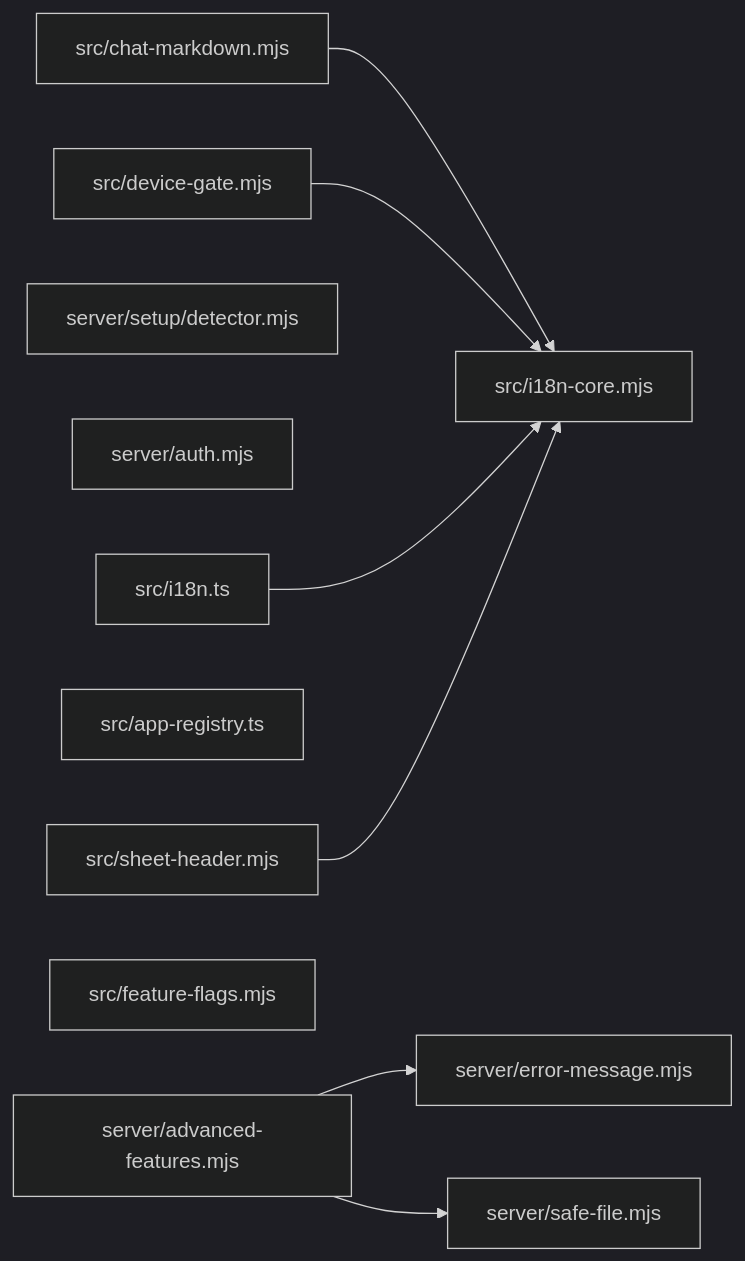
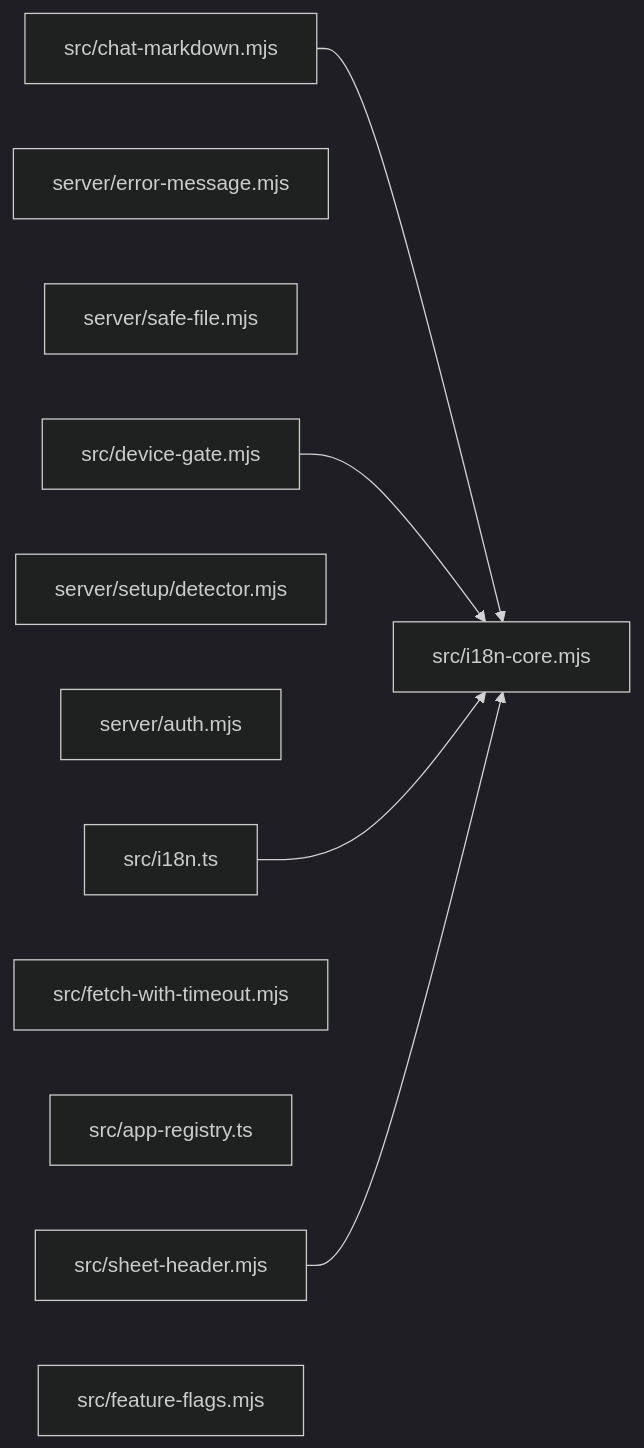
Before and after one commit to syr4wpywkk-collab/DevMoter-FAST: the diagram in docs/audits/2026-11-20-module-graph.md, drawn with Mermaid (dark theme). The commit also changed other lines of this file, not shown here.

Commit message:
docs: refresh module graph snapshot after main merge (#356)

````diff
--- a/docs/audits/2026-11-20-module-graph.md
+++ b/docs/audits/2026-11-20-module-graph.md
@@ -22,21 +22,19 @@
 ```mermaid
 graph LR
   src_i18n_ts["src/i18n.ts"]
   server_error_message_mjs["server/error-message.mjs"]
   server_safe_file_mjs["server/safe-file.mjs"]
+  src_i18n_core_mjs["src/i18n-core.mjs"]
   src_sheet_header_mjs["src/sheet-header.mjs"]
-  src_i18n_core_mjs["src/i18n-core.mjs"]
   server_setup_detector_mjs["server/setup/detector.mjs"]
   server_auth_mjs["server/auth.mjs"]
   src_device_gate_mjs["src/device-gate.mjs"]
+  src_fetch_with_timeout_mjs["src/fetch-with-timeout.mjs"]
   src_app_registry_ts["src/app-registry.ts"]
   src_chat_markdown_mjs["src/chat-markdown.mjs"]
   src_feature_flags_mjs["src/feature-flags.mjs"]
-  server_advanced_features_mjs["server/advanced-features.mjs"]
   src_chat_markdown_mjs --> src_i18n_core_mjs
   src_device_gate_mjs --> src_i18n_core_mjs
   src_i18n_ts --> src_i18n_core_mjs
   src_sheet_header_mjs --> src_i18n_core_mjs
-  server_advanced_features_mjs --> server_error_message_mjs
-  server_advanced_features_mjs --> server_safe_file_mjs
 ```
````
